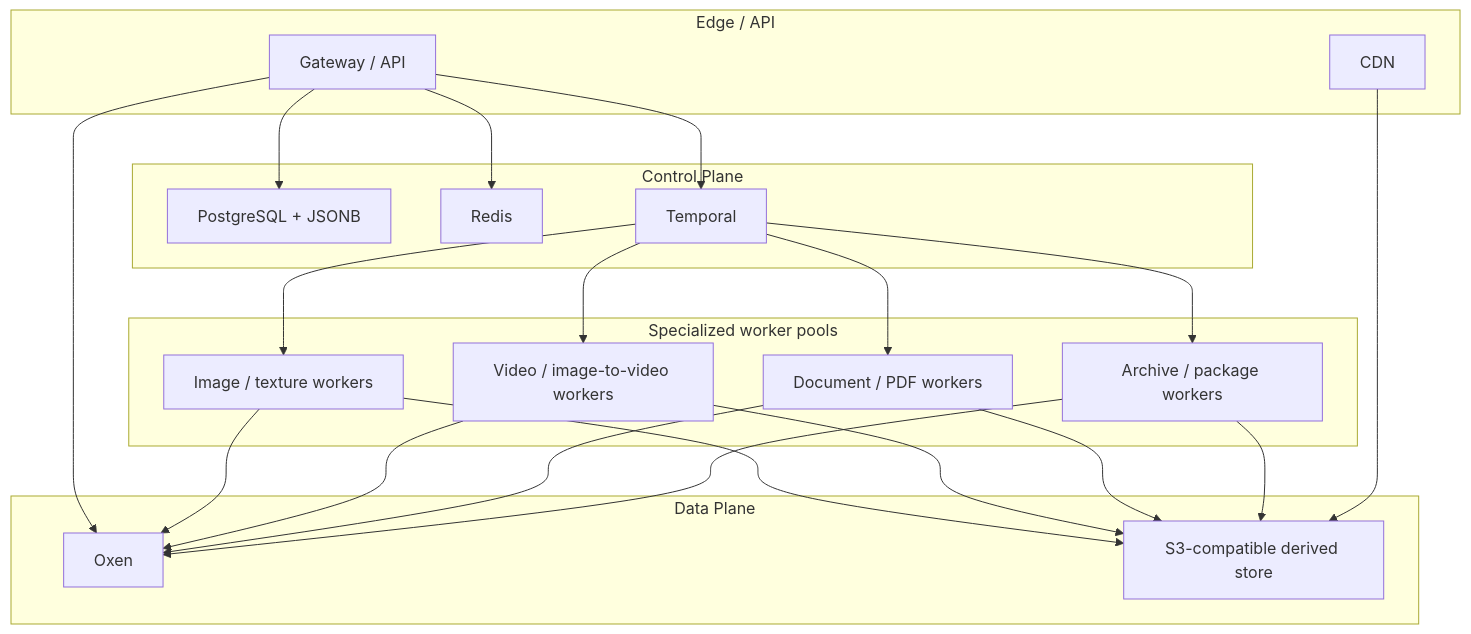
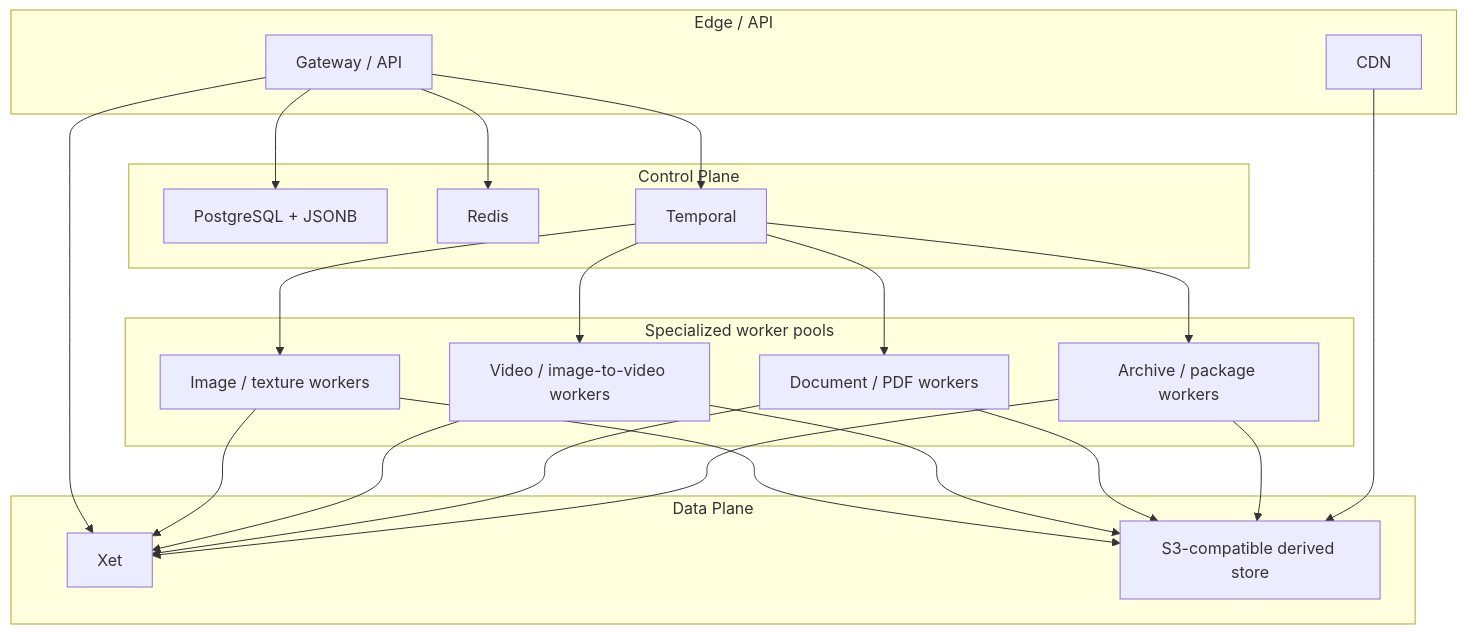
One commit to Yeusepe/cdngine changed the seventh of 8 diagrams in docs/architecture.md. Above: the diagram before and after it, drawn with Mermaid. The commit also changed other lines of this file and 30 other files, not shown here.

````diff
--- a/docs/architecture.md
+++ b/docs/architecture.md
@@ -293,43 +295,43 @@
 ```mermaid
 flowchart TB
     subgraph Edge["Edge / API"]
         Gateway["Gateway / API"]
         CDN["CDN"]
     end
 
     subgraph Control["Control Plane"]
         Registry["PostgreSQL + JSONB"]
         Redis["Redis"]
         Temporal["Temporal"]
     end
 
     subgraph Data["Data Plane"]
-        Oxen["Oxen"]
+        Xet["Xet"]
         Derived["S3-compatible derived store"]
     end
 
     subgraph Workers["Specialized worker pools"]
         Img["Image / texture workers"]
         Vid["Video / image-to-video workers"]
         Doc["Document / PDF workers"]
         Arc["Archive / package workers"]
     end
 
     Gateway --> Registry
     Gateway --> Redis
-    Gateway --> Oxen
+    Gateway --> Xet
     Gateway --> Temporal
     Temporal --> Img
     Temporal --> Vid
     Temporal --> Doc
     Temporal --> Arc
-    Img --> Oxen
-    Vid --> Oxen
-    Doc --> Oxen
-    Arc --> Oxen
+    Img --> Xet
+    Vid --> Xet
+    Doc --> Xet
+    Arc --> Xet
     Img --> Derived
     Vid --> Derived
     Doc --> Derived
     Arc --> Derived
     CDN --> Derived
 ```
````
